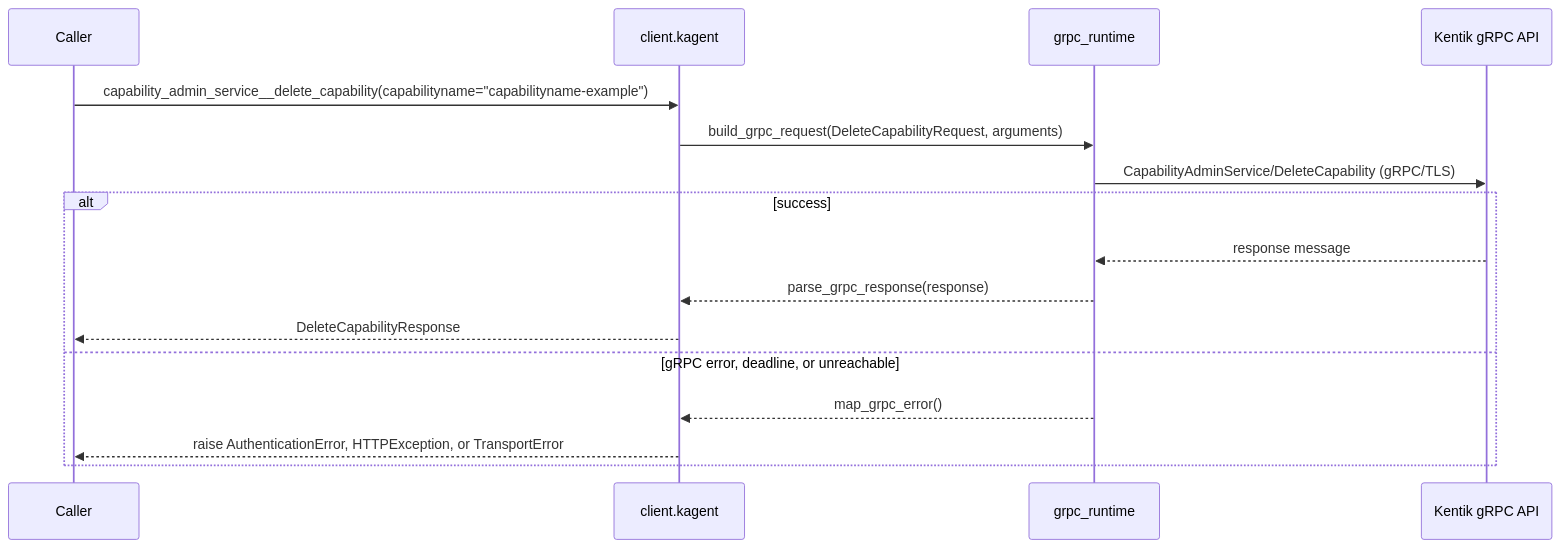
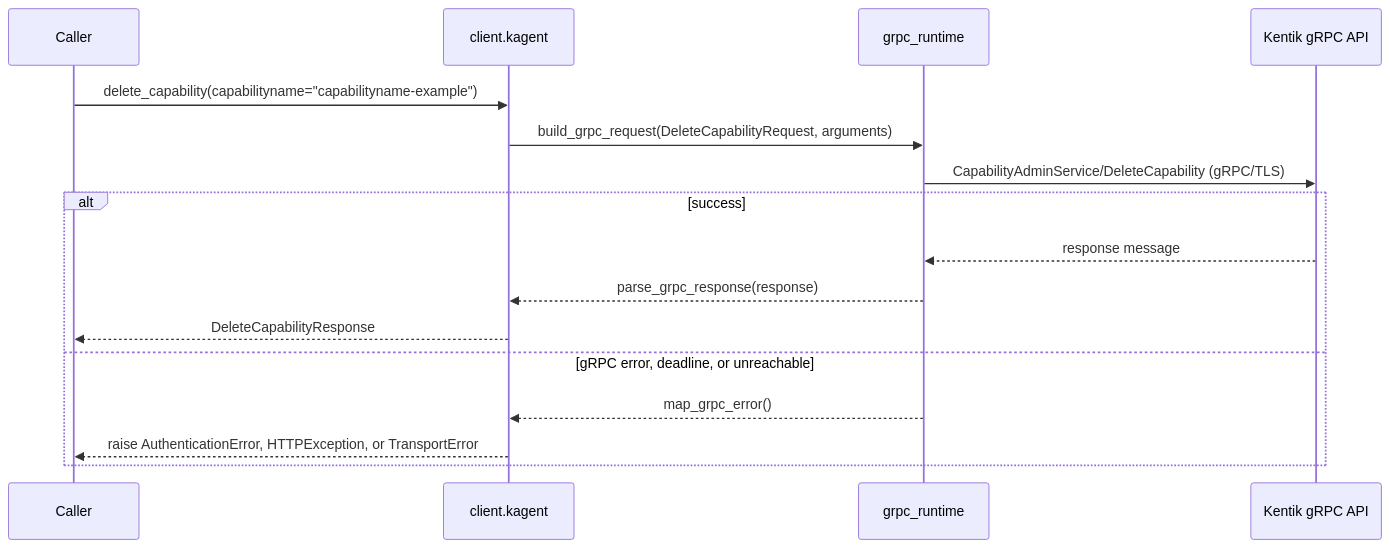
One commit to alexdearaujo/community_sdk_python changed diagram 33 of 58 in docs/sphinx/services/kagent.md. Above: the diagram before and after it, drawn with Mermaid. The commit also changed other lines of this file and 10 other files, not shown here.

````diff
--- a/docs/sphinx/services/kagent.md
+++ b/docs/sphinx/services/kagent.md
@@ -1206,19 +1206,19 @@
 ```mermaid
 sequenceDiagram
     participant C as Caller
     participant W as client.kagent
     participant R as grpc_runtime
     participant API as Kentik gRPC API
 
-    C->>W: capability_admin_service__delete_capability(capabilityname="capabilityname-example")
+    C->>W: delete_capability(capabilityname="capabilityname-example")
     W->>R: build_grpc_request(DeleteCapabilityRequest, arguments)
     R->>API: CapabilityAdminService/DeleteCapability (gRPC/TLS)
     alt success
         API-->>R: response message
         R-->>W: parse_grpc_response(response)
         W-->>C: DeleteCapabilityResponse
     else gRPC error, deadline, or unreachable
         R-->>W: map_grpc_error()
         W-->>C: raise AuthenticationError, HTTPException, or TransportError
     end
 ```
````
